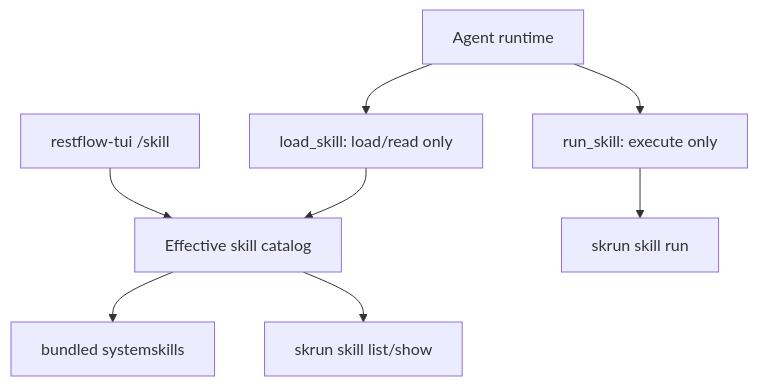
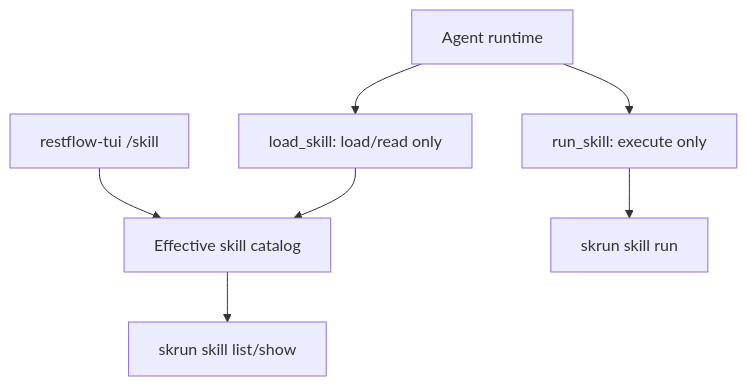
The first of 2 diagrams in CURRENT_BRANCH_LOCAL_CLI_CODE_RESEARCH.md (lhwzds/restflow), drawn with Mermaid before and after one commit. The commit also changed other lines of this file and 55 other files, not shown here.

Commit message:
refactor(skills): remove storage-backed catalog

````diff
--- a/CURRENT_BRANCH_LOCAL_CLI_CODE_RESEARCH.md
+++ b/CURRENT_BRANCH_LOCAL_CLI_CODE_RESEARCH.md
@@ -233,10 +233,9 @@
 ```mermaid
 flowchart TD
     TUI["restflow-tui /skill"] --> Catalog["Effective skill catalog"]
     Agent["Agent runtime"] --> LoadSkill["load_skill: load/read only"]
     Agent --> RunSkill["run_skill: execute only"]
     LoadSkill --> Catalog
-    Catalog --> SystemSkills["bundled systemskills"]
     Catalog --> SkrunCatalog["skrun skill list/show"]
     RunSkill --> SkrunRun["skrun skill run"]
 ```
````
